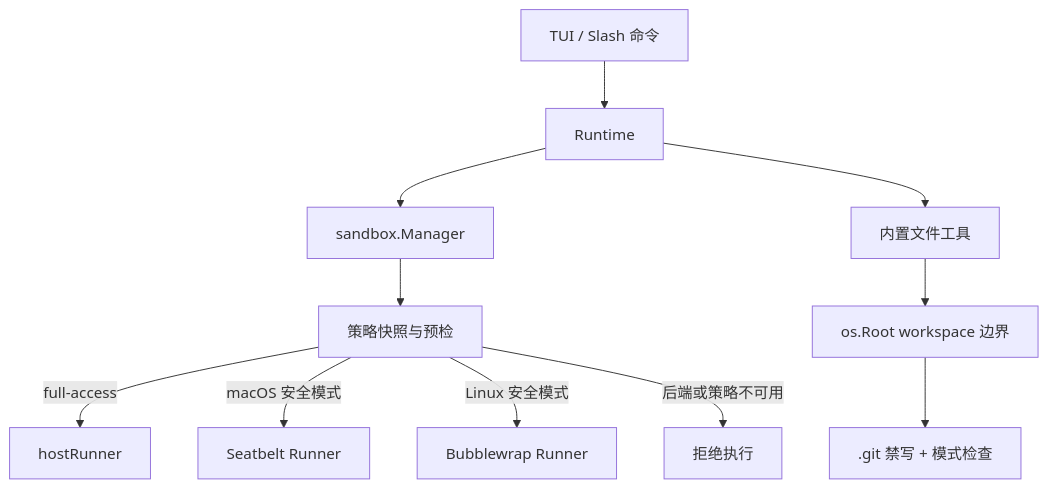
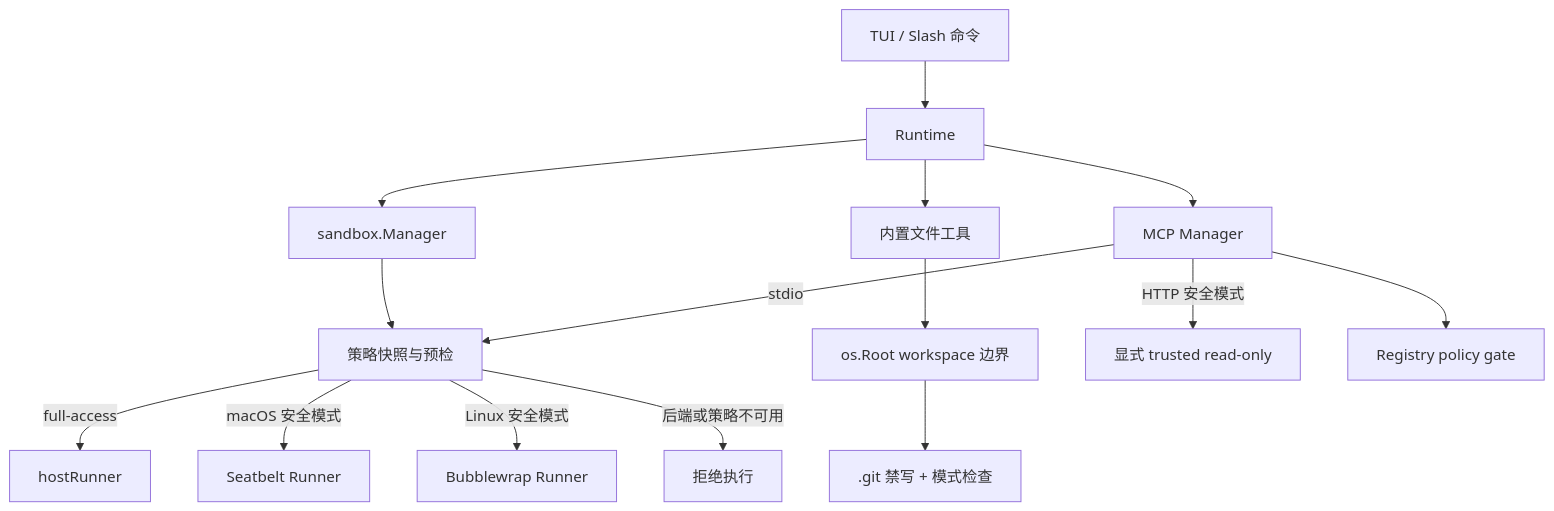
One commit to kkwalking/bruce-go changed the first of 3 diagrams in docs/sandbox-design.md. Above: the diagram before and after it, drawn with Mermaid. The commit also changed other lines of this file and 34 other files, not shown here.

````diff
--- a/docs/sandbox-design.md
+++ b/docs/sandbox-design.md
@@ -16,13 +16,17 @@
 ```mermaid
 flowchart TD
     UI["TUI / Slash 命令"] --> RT["Runtime"]
     RT --> SM["sandbox.Manager"]
     SM --> SNAP["策略快照与预检"]
     SNAP -->|full-access| HOST["hostRunner"]
     SNAP -->|macOS 安全模式| SB["Seatbelt Runner"]
     SNAP -->|Linux 安全模式| BW["Bubblewrap Runner"]
     SNAP -->|后端或策略不可用| DENY["拒绝执行"]
     RT --> TOOLS["内置文件工具"]
     TOOLS --> ROOT["os.Root workspace 边界"]
     ROOT --> GITDENY[".git 禁写 + 模式检查"]
+    RT --> MCP["MCP Manager"]
+    MCP -->|stdio| SNAP
+    MCP -->|HTTP 安全模式| TRUST["显式 trusted read-only"]
+    MCP --> GATE["Registry policy gate"]
 ```
````
